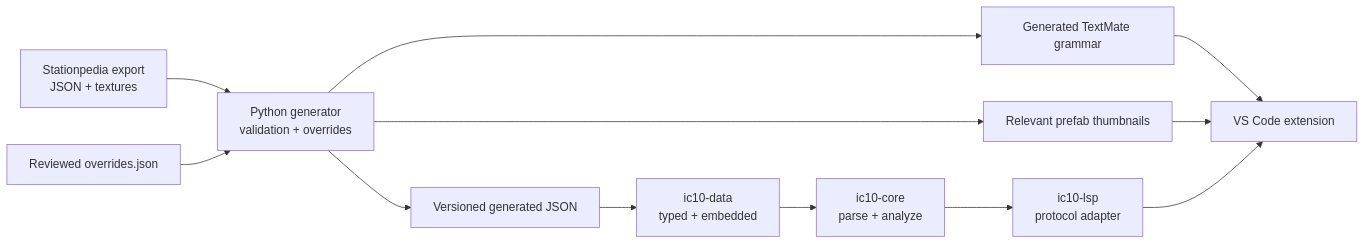
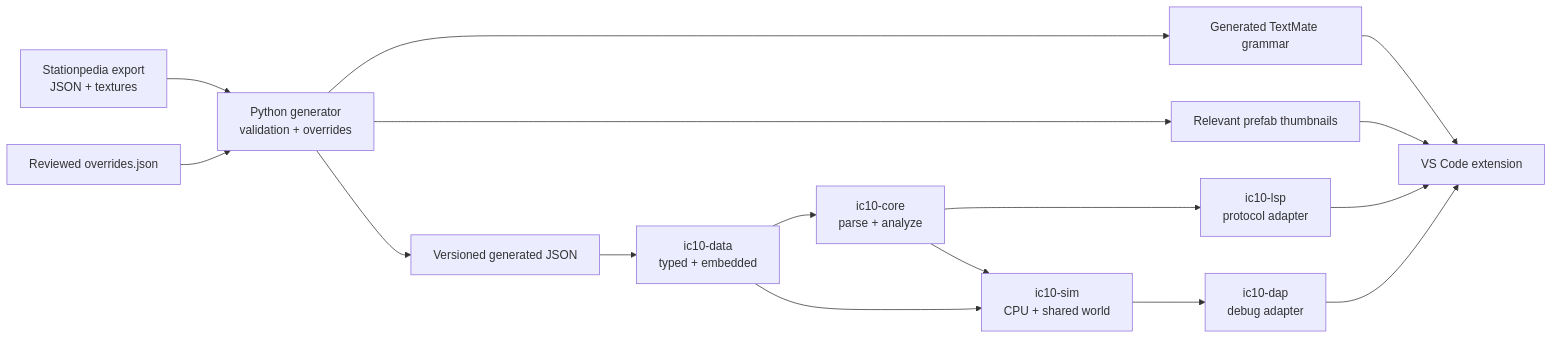
The diagram in docs/architecture.md (ShaneYu/stationeers-vscode-extension), drawn with Mermaid before and after one commit. The commit also changed other lines of this file and 58 other files, not shown here.

````diff
--- a/docs/architecture.md
+++ b/docs/architecture.md
@@ -13,14 +15,18 @@
 ```mermaid
 flowchart LR
     SP["Stationpedia export<br/>JSON + textures"] --> PY["Python generator<br/>validation + overrides"]
     OV["Reviewed overrides.json"] --> PY
     PY --> JSON["Versioned generated JSON"]
     PY --> TM["Generated TextMate grammar"]
     PY --> PNG["Relevant prefab thumbnails"]
     JSON --> DATA["ic10-data<br/>typed + embedded"]
     DATA --> CORE["ic10-core<br/>parse + analyze"]
     CORE --> LSP["ic10-lsp<br/>protocol adapter"]
+    CORE --> SIM["ic10-sim<br/>CPU + shared world"]
+    DATA --> SIM
+    SIM --> DAP["ic10-dap<br/>debug adapter"]
     TM --> VSC["VS Code extension"]
     PNG --> VSC
     LSP --> VSC
+    DAP --> VSC
 ```
````
